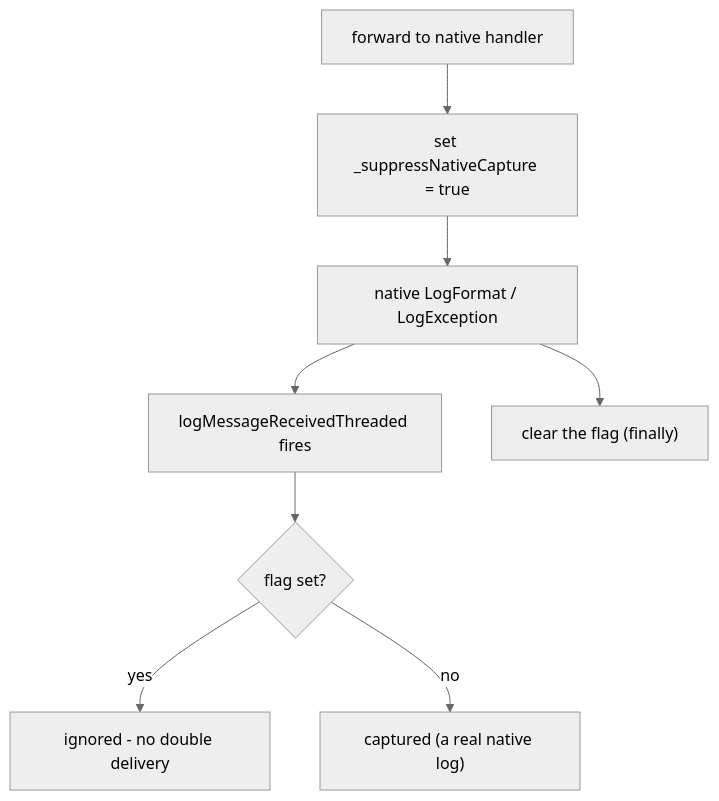
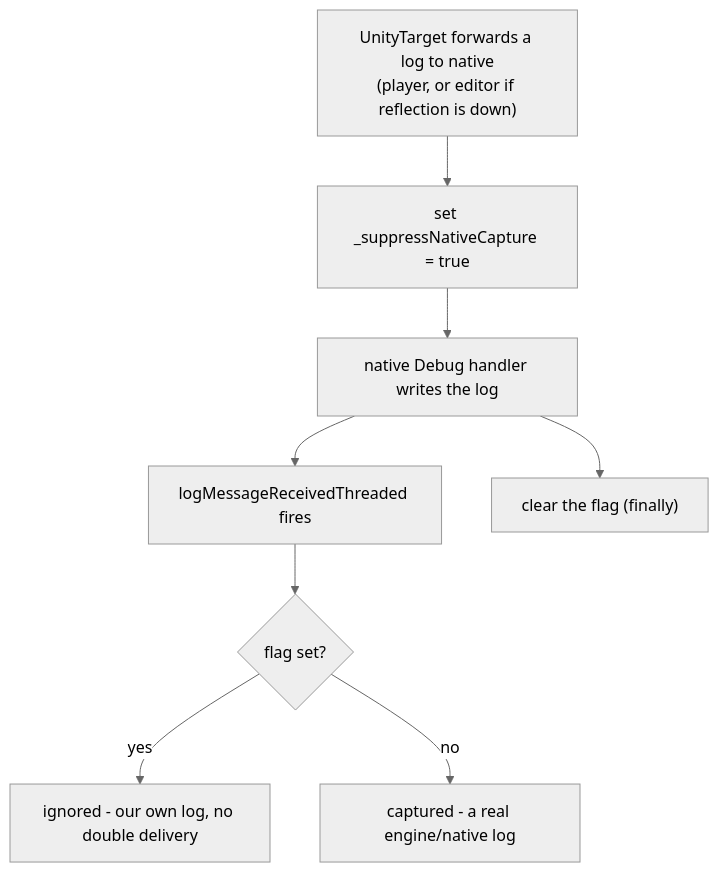
The sixth of 6 diagrams in docs/logging-pipeline.md (Appegy/UniLogger), drawn with Mermaid (neutral theme) before and after one commit. The commit also changed other lines of this file, not shown here.

Commit message:
docs: clarify native feedback loop cases in recursion guard section

````diff
--- a/docs/logging-pipeline.md
+++ b/docs/logging-pipeline.md
@@ -197,10 +204,10 @@
 ```mermaid
 flowchart TD
-    F["forward to native handler"] --> B["set _suppressNativeCapture = true"]
-    B --> N["native LogFormat / LogException"]
+    F["UnityTarget forwards a log to native<br/>(player, or editor if reflection is down)"] --> B["set _suppressNativeCapture = true"]
+    B --> N["native Debug handler writes the log"]
     N --> EV["logMessageReceivedThreaded fires"]
     EV --> CH{"flag set?"}
-    CH -->|"yes"| IGN["ignored - no double delivery"]
-    CH -->|"no"| CAP2["captured (a real native log)"]
+    CH -->|"yes"| IGN["ignored - our own log, no double delivery"]
+    CH -->|"no"| CAP2["captured - a real engine/native log"]
     N --> E["clear the flag (finally)"]
 ```
````
